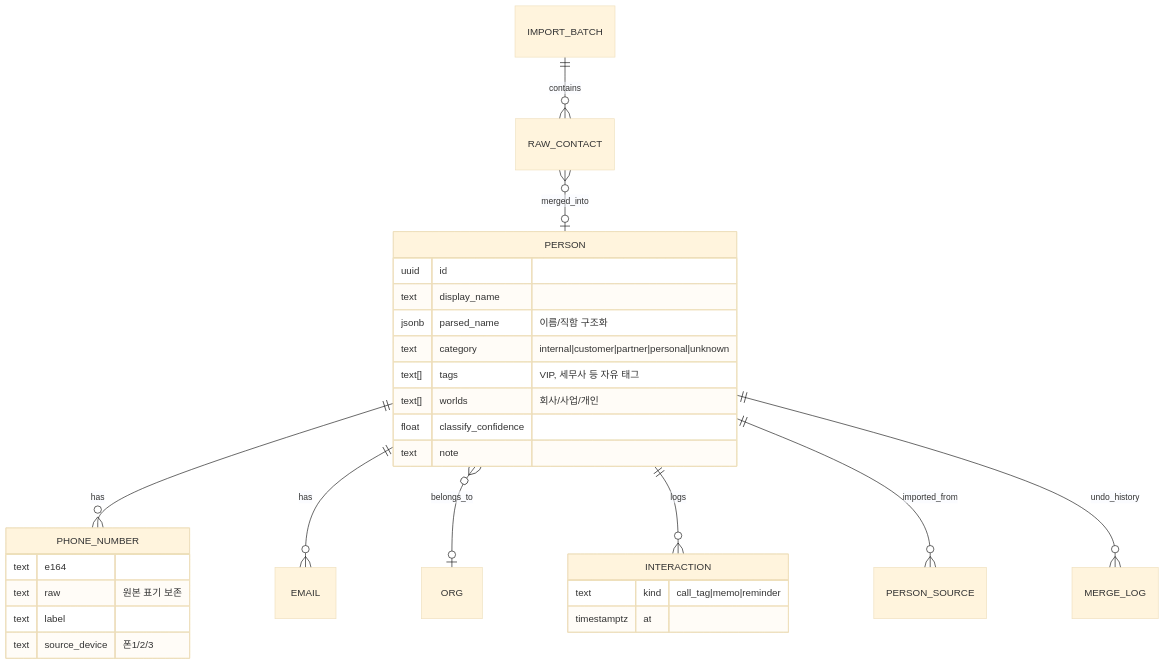
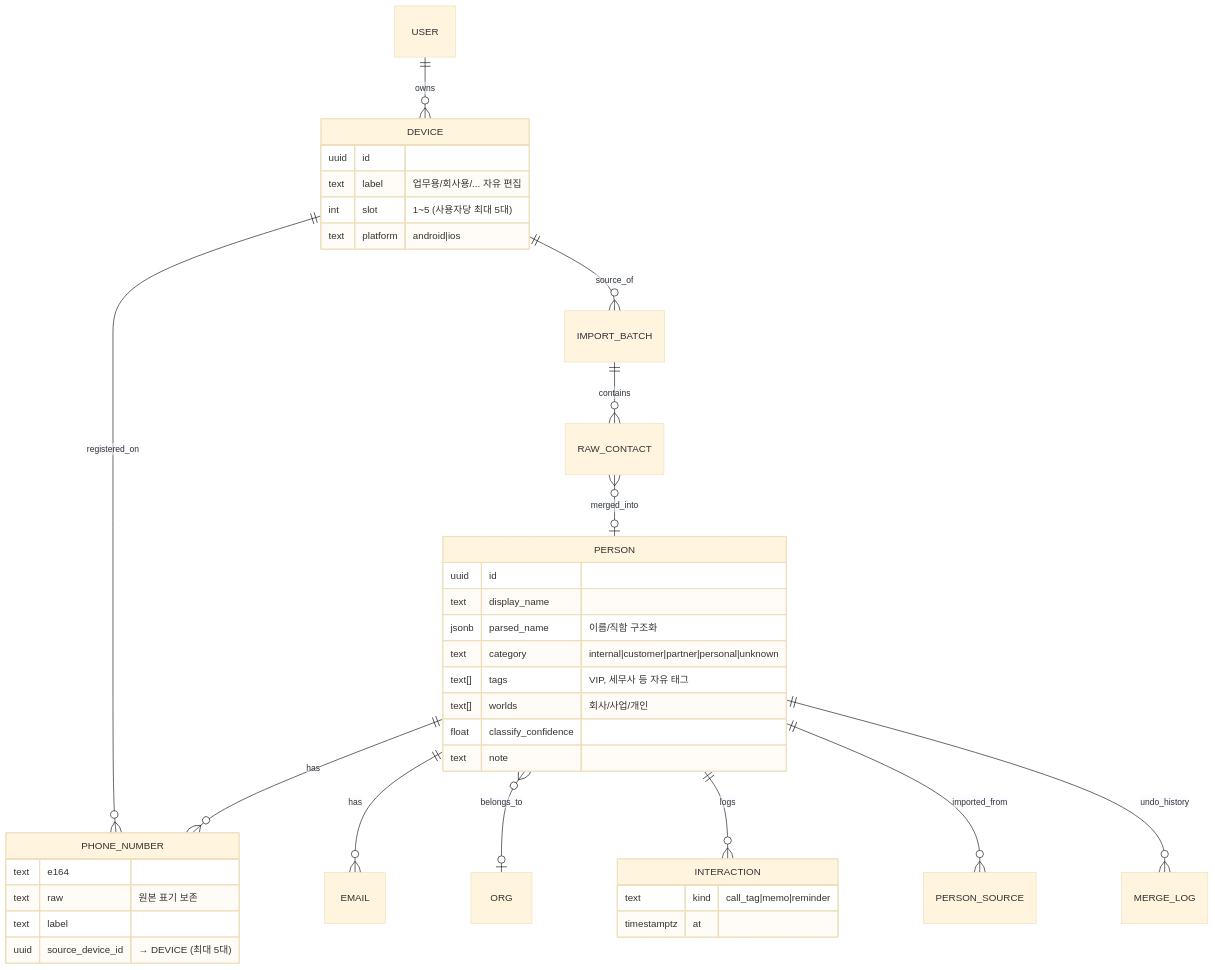
Before and after one commit to Lueha3/Dreaming-vote: the second of 2 diagrams in docs/contact-app/기획서.md, drawn with Mermaid (base theme). The commit also changed other lines of this file and 1 other file, not shown here.

````diff
--- a/docs/contact-app/기획서.md
+++ b/docs/contact-app/기획서.md
@@ -235,32 +242,41 @@
 ```mermaid
 erDiagram
+    USER ||--o{ DEVICE : owns
+    DEVICE ||--o{ IMPORT_BATCH : source_of
+    DEVICE ||--o{ PHONE_NUMBER : registered_on
     PERSON ||--o{ PHONE_NUMBER : has
     PERSON ||--o{ EMAIL : has
     PERSON }o--o| ORG : belongs_to
     PERSON ||--o{ INTERACTION : logs
     PERSON ||--o{ PERSON_SOURCE : imported_from
     IMPORT_BATCH ||--o{ RAW_CONTACT : contains
     RAW_CONTACT }o--o| PERSON : merged_into
     PERSON ||--o{ MERGE_LOG : undo_history
 
+    DEVICE {
+        uuid id
+        text label "업무용/회사용/... 자유 편집"
+        int slot "1~5 (사용자당 최대 5대)"
+        text platform "android|ios"
+    }
     PERSON {
         uuid id
         text display_name
         jsonb parsed_name "이름/직함 구조화"
         text category "internal|customer|partner|personal|unknown"
         text[] tags "VIP, 세무사 등 자유 태그"
         text[] worlds "회사/사업/개인"
         float classify_confidence
         text note
     }
     PHONE_NUMBER {
         text e164
         text raw "원본 표기 보존"
         text label
-        text source_device "폰1/2/3"
+        uuid source_device_id "→ DEVICE (최대 5대)"
     }
     INTERACTION {
         text kind "call_tag|memo|reminder"
         timestamptz at
     }
 ```
````
